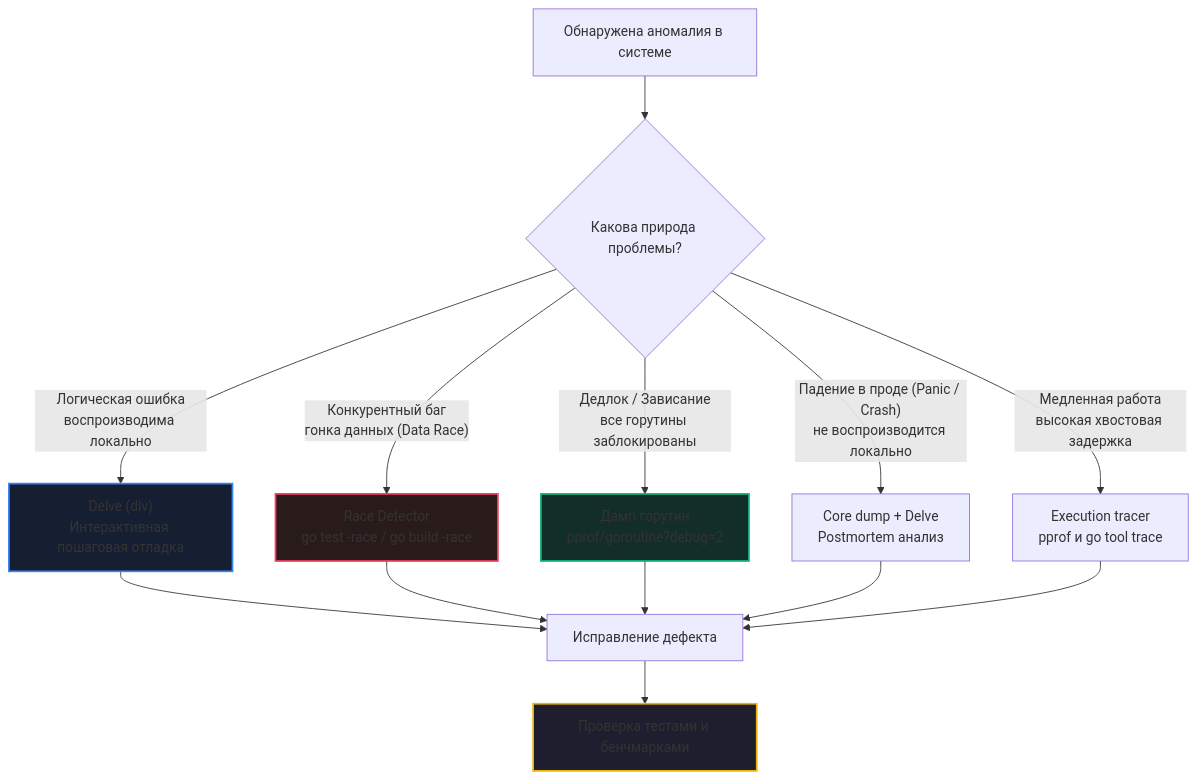
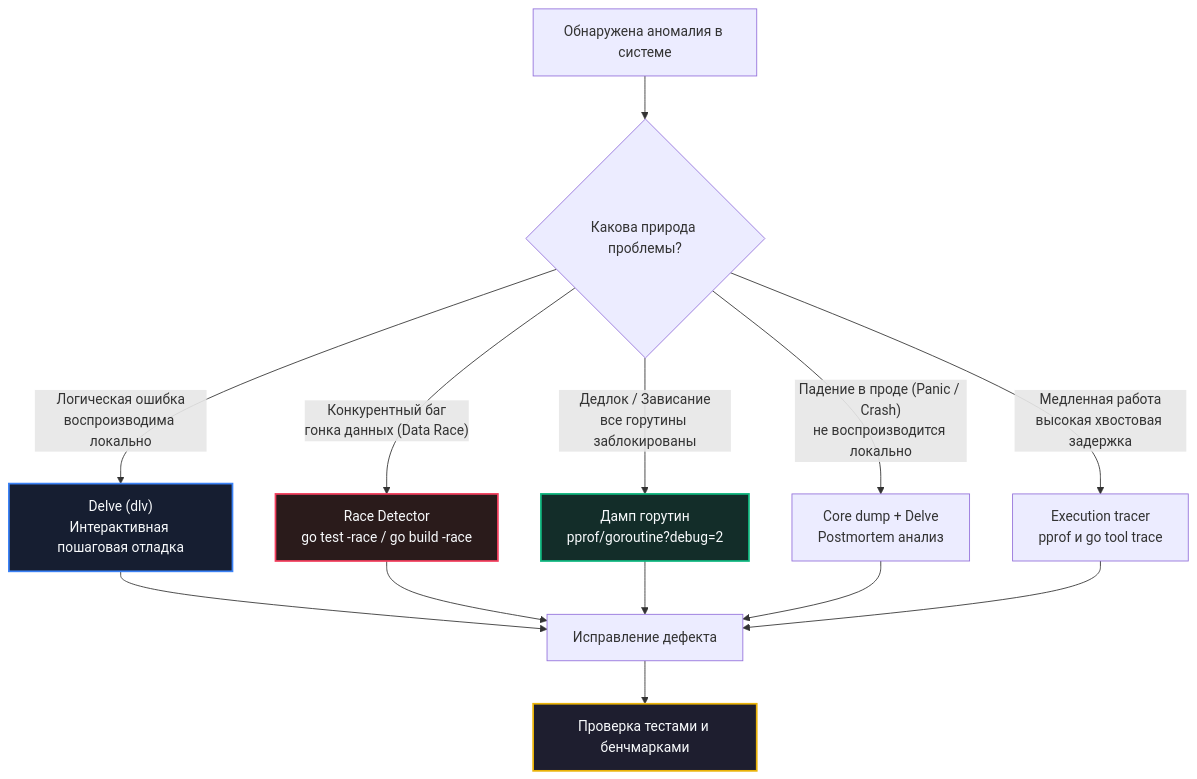
Before and after one commit to UnrealTemplier/go-textbook: the second of 2 diagrams in sources/16. Профилирование, отладка и производительность/11. Debugging/1. Debugging в Go.md, drawn with Mermaid. The commit also changed other lines of this file and 310 other files, not shown here.

First line of the commit message:
fix(mermaid): replace light fill colors with dark palette for readability on dark theme

````diff
--- a/sources/16. Профилирование, отладка и производительность/11. Debugging/1. Debugging в Go.md
+++ b/sources/16. Профилирование, отладка и производительность/11. Debugging/1. Debugging в Go.md
@@ -52,22 +52,22 @@
 ```mermaid
 flowchart TD
     Bug["Обнаружена аномалия в системе"] --> Type{"Какова природа проблемы?"}
     
     Type -- "Логическая ошибка<br>воспроизводима локально" --> Delve["Delve (dlv)<br>Интерактивная пошаговая отладка"]
     Type -- "Конкурентный баг<br>гонка данных (Data Race)" --> Race["Race Detector<br>go test -race / go build -race"]
     Type -- "Дедлок / Зависание<br>все горутины заблокированы" --> Dump["Дамп горутин<br>pprof/goroutine?debug=2"]
     Type -- "Падение в проде (Panic / Crash)<br>не воспроизводится локально" --> Core["Core dump + Delve<br>Postmortem анализ"]
     Type -- "Медленная работа<br>высокая хвостовая задержка" --> Trace["Execution tracer<br>pprof и go tool trace"]
     
     Delve --> Fix["Исправление дефекта"]
     Race --> Fix
     Dump --> Fix
     Core --> Fix
     Trace --> Fix
     Fix --> Verify["Проверка тестами и бенчмарками"]
     
-    style Delve fill:#161e31,stroke:#3b82f6,stroke-width:2px
-    style Race fill:#2a1b1b,stroke:#f43f5e,stroke-width:2px
-    style Dump fill:#132d29,stroke:#10b981,stroke-width:2px
-    style Verify fill:#1e1e2f,stroke:#eab308,stroke-width:2px
+    style Delve fill:#161e31,stroke:#3b82f6,stroke-width:2px,color:#f8fafc
+    style Race fill:#2a1b1b,stroke:#f43f5e,stroke-width:2px,color:#f8fafc
+    style Dump fill:#132d29,stroke:#10b981,stroke-width:2px,color:#f8fafc
+    style Verify fill:#1e1e2f,stroke:#eab308,stroke-width:2px,color:#f8fafc
 ```
````
